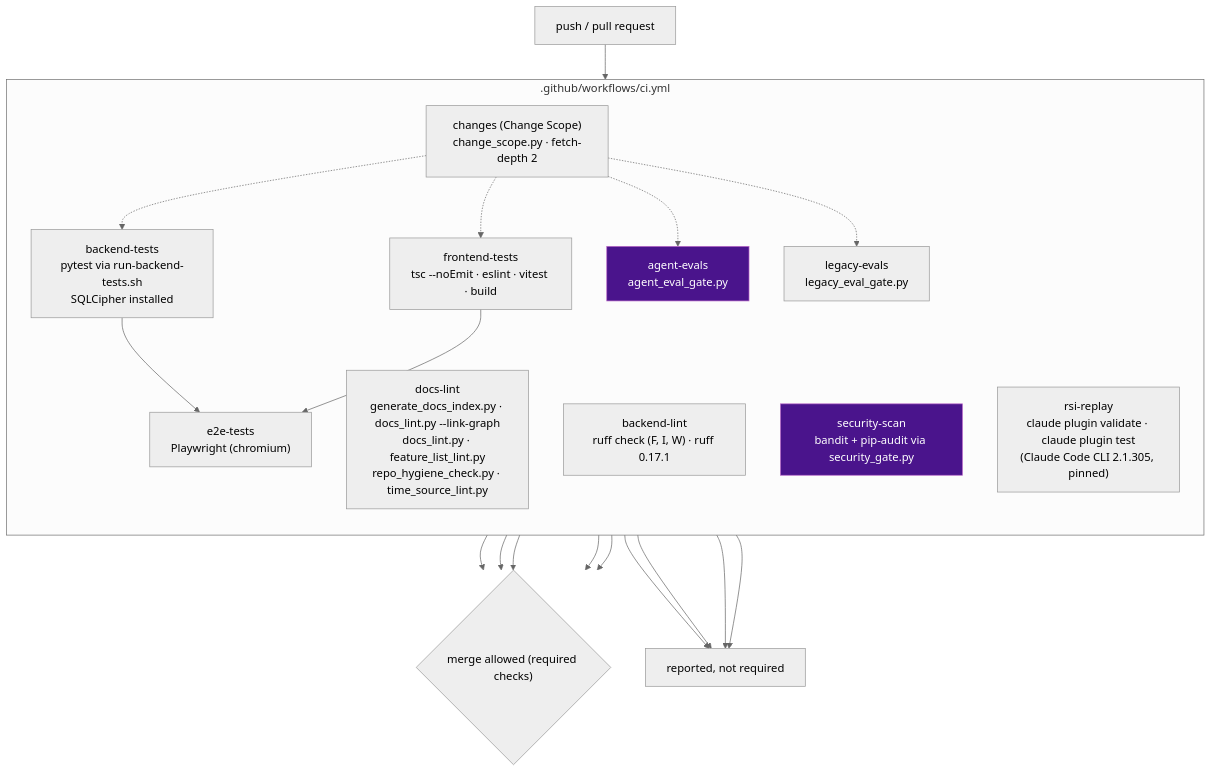
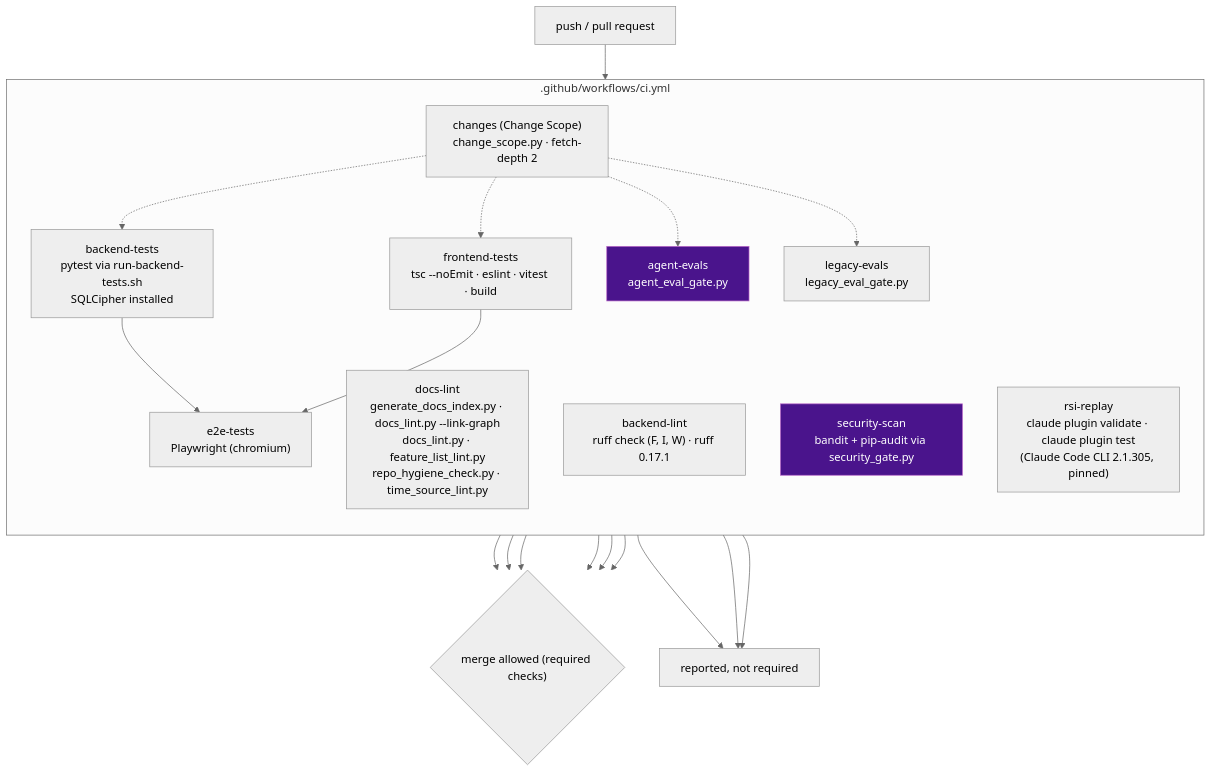
The diagram in docs/architecture/ci-and-quality-gates.md (BrooklynD23/HealthCentral), drawn with Mermaid (neutral theme) before and after one commit. The commit also changed other lines of this file and 4 other files, not shown here.

````diff
--- a/docs/architecture/ci-and-quality-gates.md
+++ b/docs/architecture/ci-and-quality-gates.md
@@ -11,39 +11,39 @@
 ```mermaid
 flowchart TD
     PUSH["push / pull request"] --> JOBS
 
     subgraph JOBS[".github/workflows/ci.yml"]
         direction TB
         CHG["changes (Change Scope)<br/>change_scope.py · fetch-depth 2"]
         DOCS["docs-lint<br/>generate_docs_index.py · docs_lint.py --link-graph<br/>docs_lint.py · feature_list_lint.py<br/>repo_hygiene_check.py · time_source_lint.py"]
         BE["backend-tests<br/>pytest via run-backend-tests.sh<br/>SQLCipher installed"]
         LINT["backend-lint<br/>ruff check (F, I, W) · ruff 0.17.1"]
         FE["frontend-tests<br/>tsc --noEmit · eslint · vitest · build"]
         SEC["security-scan<br/>bandit + pip-audit via security_gate.py"]
         EVAL["agent-evals<br/>agent_eval_gate.py"]
         LEGACY["legacy-evals<br/>legacy_eval_gate.py"]
         E2E["e2e-tests<br/>Playwright (chromium)"]
         RSI["rsi-replay<br/>claude plugin validate · claude plugin test<br/>(Claude Code CLI 2.1.305, pinned)"]
     end
 
     CHG -.-> BE
     CHG -.-> FE
     CHG -.-> EVAL
     CHG -.-> LEGACY
     BE --> E2E
     FE --> E2E
 
     DOCS --> MERGE{"merge allowed (required checks)"}
     BE --> MERGE
     FE --> MERGE
     SEC --> MERGE
     EVAL --> MERGE
+    RSI --> MERGE
 
     LINT --> REPORTED["reported, not required"]
     LEGACY --> REPORTED
     E2E --> REPORTED
-    RSI --> REPORTED
 
     style EVAL fill:#4a148c,stroke:#ba68c8,color:#fff
     style SEC fill:#4a148c,stroke:#ba68c8,color:#fff
 ```
````
